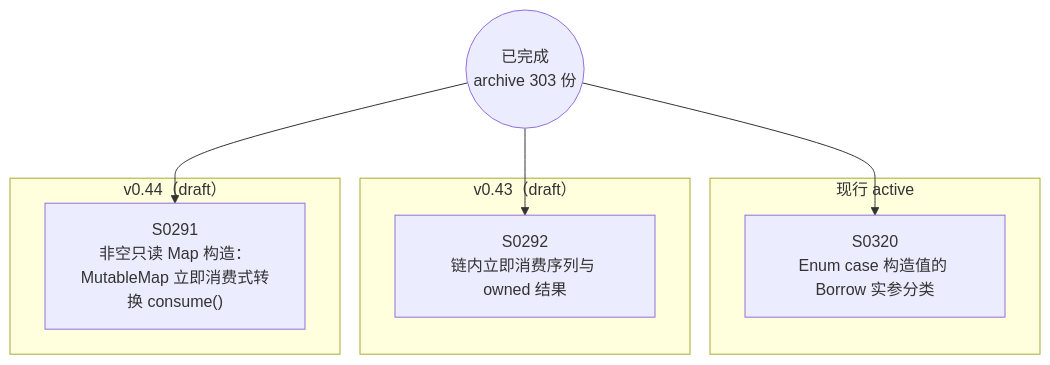
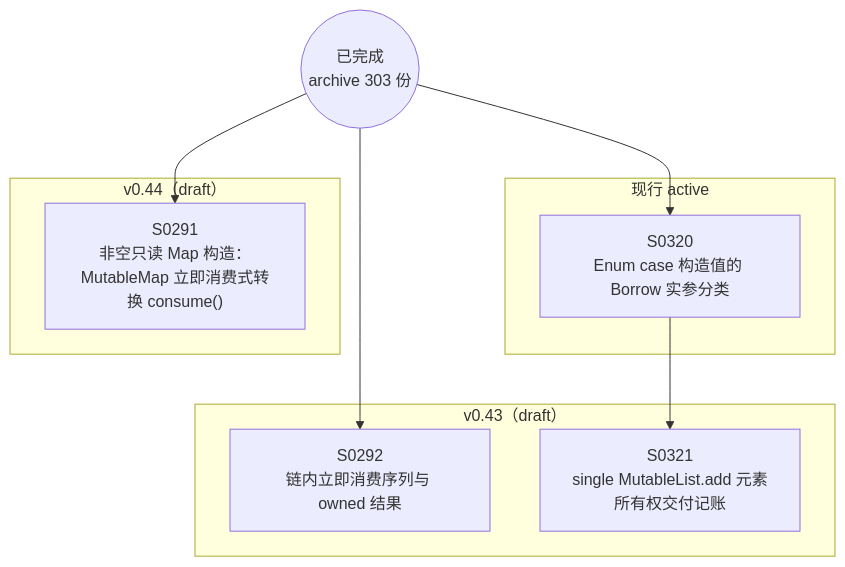
The diagram in docs/specs/dependency-graph.md (Halckon/Koven), drawn with Mermaid before and after one commit. The commit also changed other lines of this file and 6 other files, not shown here.

Commit message:
docs(spec-0321): draft precise MutableList element delivery repair

````diff
--- a/docs/specs/dependency-graph.md
+++ b/docs/specs/dependency-graph.md
@@ -9,16 +9,18 @@
 ```mermaid
 flowchart TD
 ARCH(("已完成<br/>archive 303 份"))
 subgraph Gactive["现行 active"]
   S0320["S0320<br/>Enum case 构造值的 Borrow 实参分类"]
 end
 subgraph Gdrafts_v043["v0.43（draft）"]
   S0292["S0292<br/>链内立即消费序列与 owned 结果"]
+  S0321["S0321<br/>single MutableList.add 元素所有权交付记账"]
 end
 subgraph Gdrafts_v044["v0.44（draft）"]
   S0291["S0291<br/>非空只读 Map 构造：MutableMap 立即消费式转换 consume()"]
 end
+S0320 --> S0321
 ARCH --> S0291
 ARCH --> S0292
 ARCH --> S0320
 ```
````
